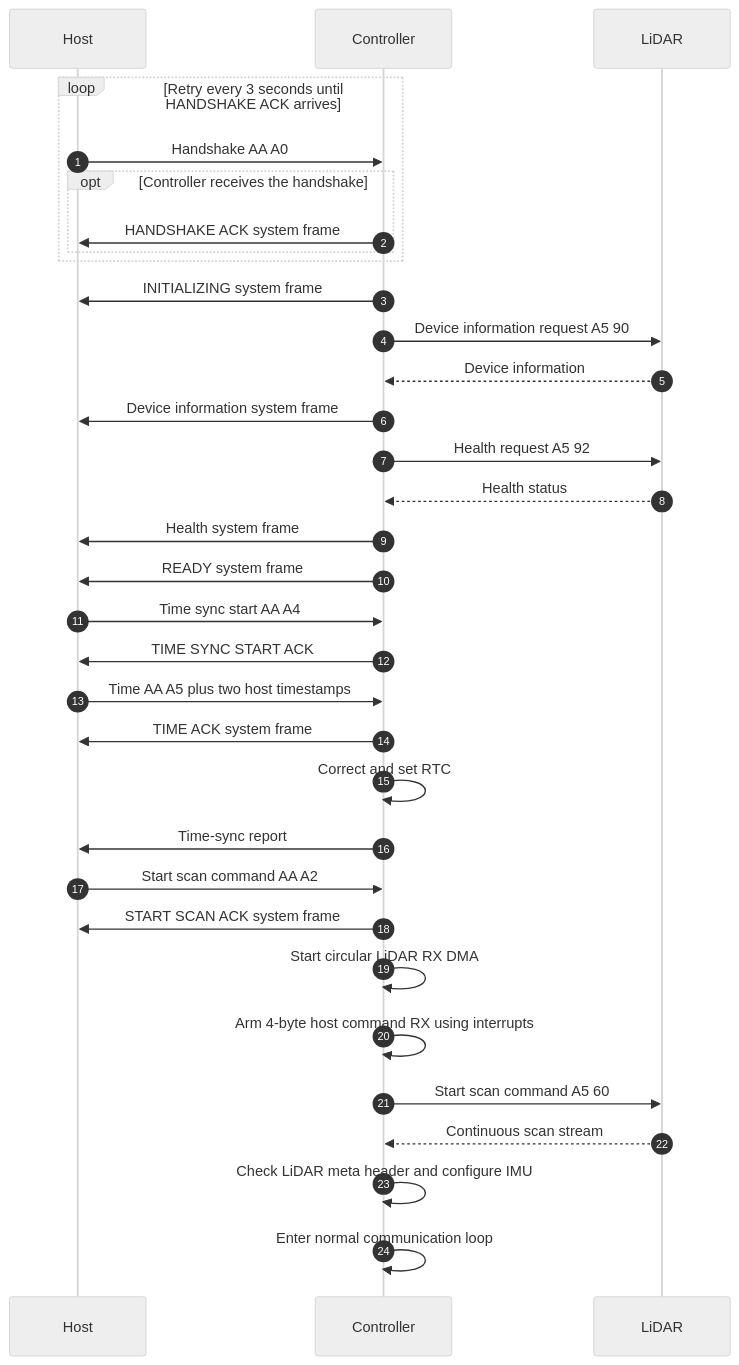
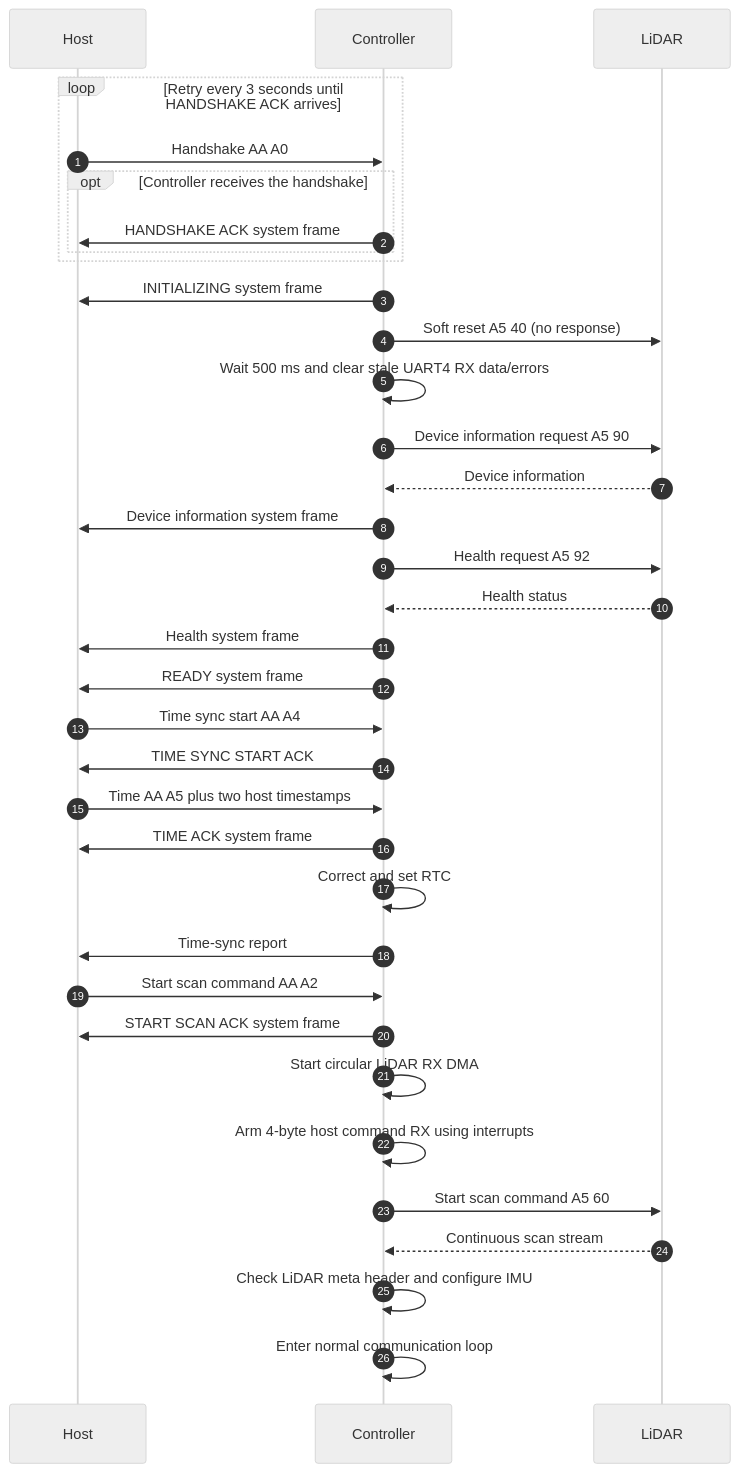
Before and after one commit to kei185/sensor-echo: the first of 5 diagrams in docs/frame.md, drawn with Mermaid (neutral theme). The commit also changed other lines of this file and 3 other files, not shown here.

Commit message:
[codex] fix: soft reset LiDAR before startup queries

````diff
--- a/docs/frame.md
+++ b/docs/frame.md
@@ -13,36 +13,38 @@
 ```mermaid
 sequenceDiagram
     autonumber
     participant Host
     participant Controller
     participant LiDAR
 
     loop Retry every 3 seconds until HANDSHAKE ACK arrives
         Host->>Controller: Handshake AA A0
         opt Controller receives the handshake
             Controller->>Host: HANDSHAKE ACK system frame
         end
     end
     Controller->>Host: INITIALIZING system frame
+    Controller->>LiDAR: Soft reset A5 40 (no response)
+    Controller->>Controller: Wait 500 ms and clear stale UART4 RX data/errors
     Controller->>LiDAR: Device information request A5 90
     LiDAR-->>Controller: Device information
     Controller->>Host: Device information system frame
     Controller->>LiDAR: Health request A5 92
     LiDAR-->>Controller: Health status
     Controller->>Host: Health system frame
     Controller->>Host: READY system frame
     Host->>Controller: Time sync start AA A4
     Controller->>Host: TIME SYNC START ACK
     Host->>Controller: Time AA A5 plus two host timestamps
     Controller->>Host: TIME ACK system frame
     Controller->>Controller: Correct and set RTC
     Controller->>Host: Time-sync report
     Host->>Controller: Start scan command AA A2
     Controller->>Host: START SCAN ACK system frame
     Controller->>Controller: Start circular LiDAR RX DMA
     Controller->>Controller: Arm 4-byte host command RX using interrupts
     Controller->>LiDAR: Start scan command A5 60
     LiDAR-->>Controller: Continuous scan stream
     Controller->>Controller: Check LiDAR meta header and configure IMU
     Controller->>Controller: Enter normal communication loop
 ```
````
